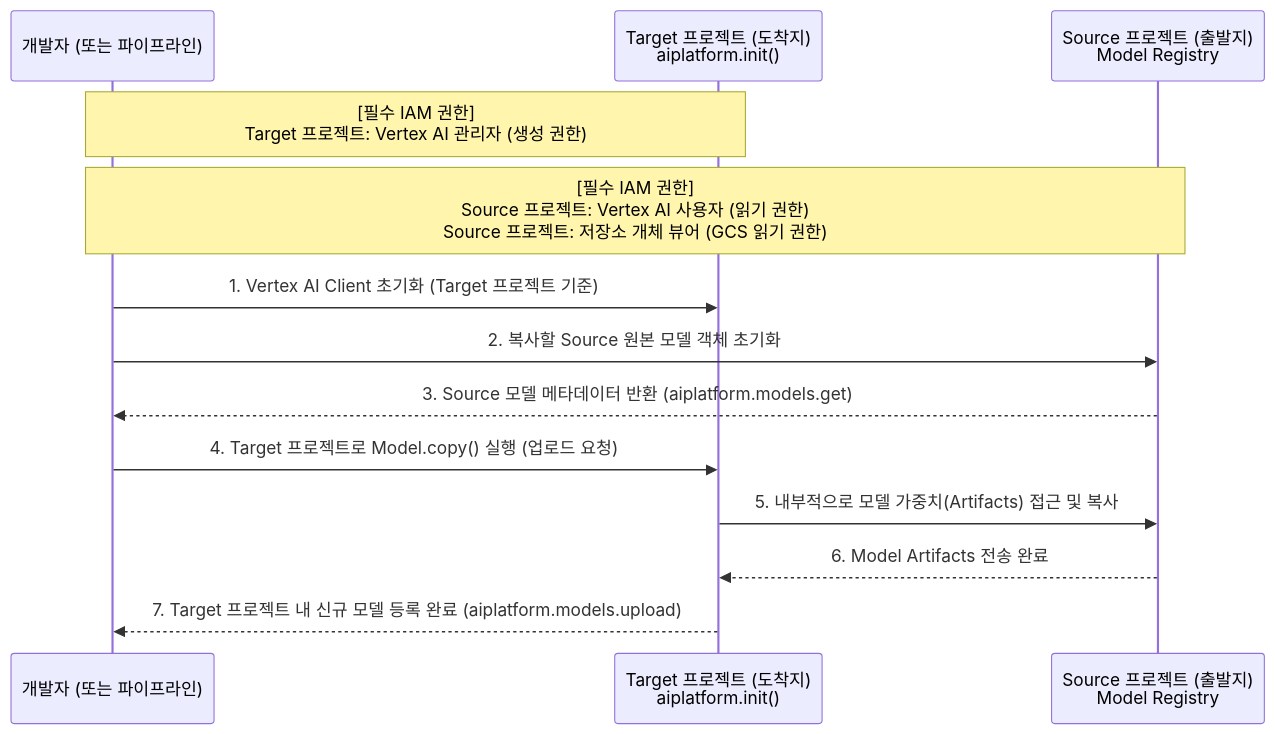
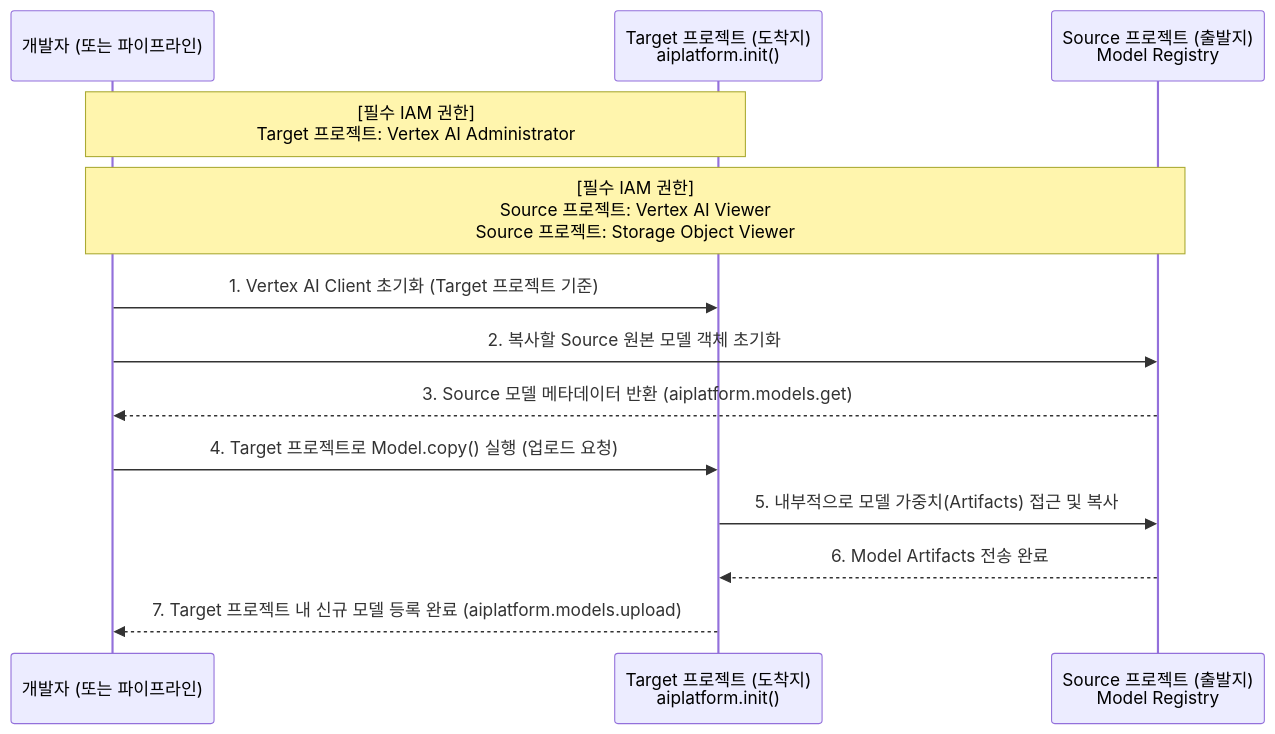
The diagram in README.md (cjk0604/google-model-copy), drawn with Mermaid before and after one commit.

Commit message:
update permission

````diff
--- a/README.md
+++ b/README.md
@@ -145,17 +145,17 @@
 ```mermaid
 sequenceDiagram
     participant User as 개발자 (또는 파이프라인)
     participant Target as Target 프로젝트 (도착지)<br>aiplatform.init()
     participant Source as Source 프로젝트 (출발지)<br>Model Registry
 
-    Note over User,Target: [필수 IAM 권한]<br>Target 프로젝트: Vertex AI 관리자 (생성 권한)
-    Note over User,Source: [필수 IAM 권한]<br>Source 프로젝트: Vertex AI 사용자 (읽기 권한)<br>Source 프로젝트: 저장소 개체 뷰어 (GCS 읽기 권한)
+    Note over User,Target: [필수 IAM 권한]<br>Target 프로젝트: Vertex AI Administrator
+    Note over User,Source: [필수 IAM 권한]<br>Source 프로젝트: Vertex AI Viewer<br>Source 프로젝트: Storage Object Viewer
 
     User->>Target: 1. Vertex AI Client 초기화 (Target 프로젝트 기준)
     User->>Source: 2. 복사할 Source 원본 모델 객체 초기화
     Source-->>User: 3. Source 모델 메타데이터 반환 (aiplatform.models.get)
     User->>Target: 4. Target 프로젝트로 Model.copy() 실행 (업로드 요청)
     Target->>Source: 5. 내부적으로 모델 가중치(Artifacts) 접근 및 복사
     Source-->>Target: 6. Model Artifacts 전송 완료
     Target-->>User: 7. Target 프로젝트 내 신규 모델 등록 완료 (aiplatform.models.upload)
 ```
````
